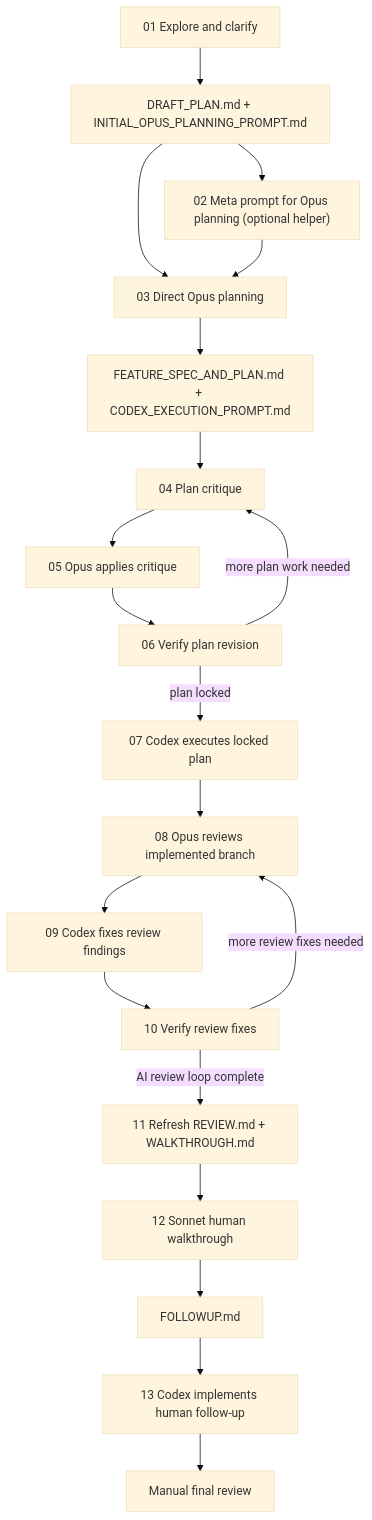
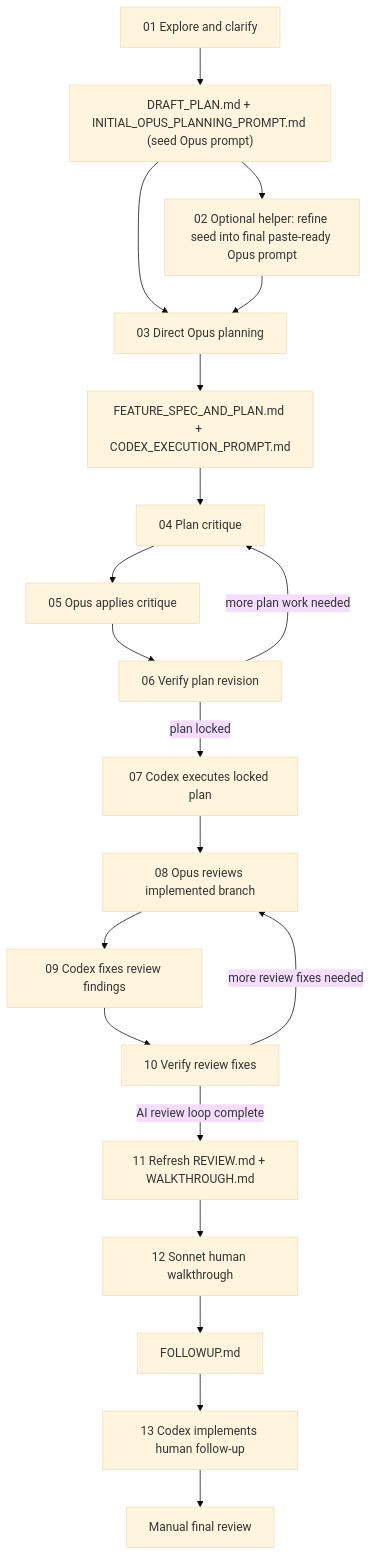
The diagram in README.md (viseshrp/ai-coding-workflow), drawn with Mermaid (base theme) before and after one commit. The commit also changed other lines of this file and 15 other files, not shown here.

First line of the commit message:
Refine prompt pack paste readiness and phase boundaries

````diff
--- a/README.md
+++ b/README.md
@@ -221,22 +221,22 @@
 ```mermaid
 flowchart TD
-    A["01 Explore and clarify"] --> B["DRAFT_PLAN.md + INITIAL_OPUS_PLANNING_PROMPT.md"]
-    B --> C["02 Meta prompt for Opus planning (optional helper)"]
+    A["01 Explore and clarify"] --> B["DRAFT_PLAN.md + INITIAL_OPUS_PLANNING_PROMPT.md (seed Opus prompt)"]
+    B --> C["02 Optional helper: refine seed into final paste-ready Opus prompt"]
     B --> D["03 Direct Opus planning"]
     C --> D
     D --> E["FEATURE_SPEC_AND_PLAN.md + CODEX_EXECUTION_PROMPT.md"]
     E --> F["04 Plan critique"]
     F --> G["05 Opus applies critique"]
     G --> H["06 Verify plan revision"]
     H -- "more plan work needed" --> F
     H -- "plan locked" --> I["07 Codex executes locked plan"]
     I --> J["08 Opus reviews implemented branch"]
     J --> K["09 Codex fixes review findings"]
     K --> L["10 Verify review fixes"]
     L -- "more review fixes needed" --> J
     L -- "AI review loop complete" --> M["11 Refresh REVIEW.md + WALKTHROUGH.md"]
     M --> N["12 Sonnet human walkthrough"]
     N --> O["FOLLOWUP.md"]
     O --> P["13 Codex implements human follow-up"]
     P --> Q["Manual final review"]
 ```
````
